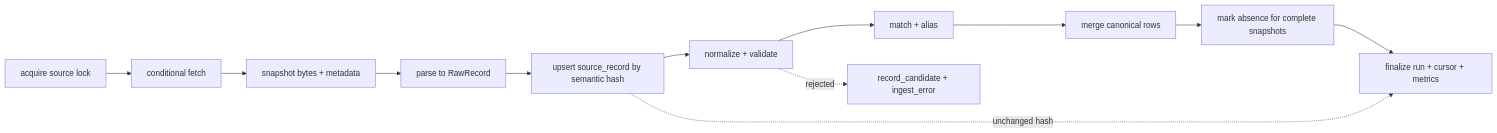
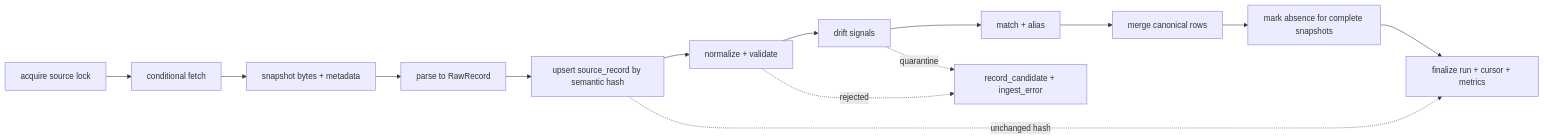
Before and after one commit to patryk-rybak/schoolProject: the diagram in AED/docs/architecture/ingestion.md, drawn with Mermaid. The commit also changed other lines of this file and 5 other files, not shown here.

Commit message:
docs(architecture): align storage design with source config and drift

````diff
--- a/AED/docs/architecture/ingestion.md
+++ b/AED/docs/architecture/ingestion.md
@@ -13,14 +13,16 @@
 ```mermaid
 flowchart LR
     A[acquire source lock] --> B[conditional fetch]
     B --> C[snapshot bytes + metadata]
     C --> D[parse to RawRecord]
     D --> E[upsert source_record by semantic hash]
     E --> F[normalize + validate]
-    F --> G[match + alias]
+    F --> D1[drift signals]
+    D1 --> G[match + alias]
+    D1 -. quarantine .-> K
     G --> H[merge canonical rows]
     H --> I[mark absence for complete snapshots]
     I --> J[finalize run + cursor + metrics]
     E -. unchanged hash .-> J
     F -. rejected .-> K[record_candidate + ingest_error]
 ```
````
